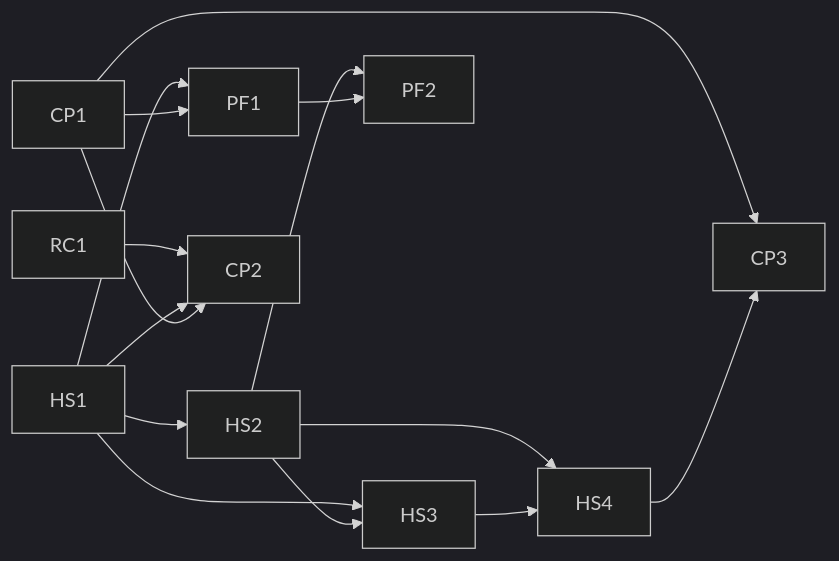
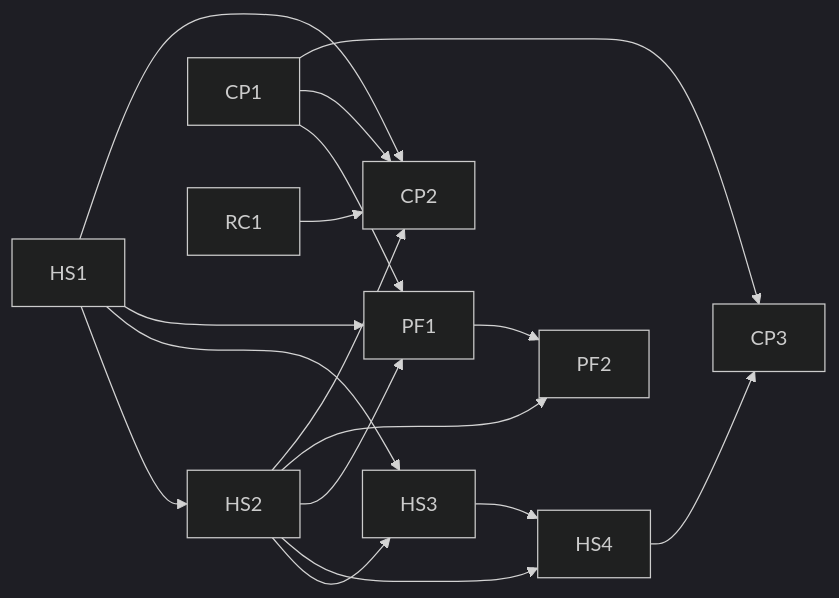
Before and after one commit to stayfixed/stayfixed: the diagram in docs/plans/2026-10-15-wave-9-umbrella.md, drawn with Mermaid (dark theme). The commit also changed other lines of this file and 1 other file, not shown here.

````diff
--- a/docs/plans/2026-10-15-wave-9-umbrella.md
+++ b/docs/plans/2026-10-15-wave-9-umbrella.md
@@ -77,17 +85,19 @@
 ```mermaid
 graph LR
   HS1 --> HS2
   HS1 --> HS3
   HS2 --> HS3
   HS2 --> HS4
   HS3 --> HS4
   HS1 --> PF1
+  HS2 --> PF1
   CP1 --> PF1
   HS2 --> PF2
   PF1 --> PF2
   RC1 --> CP2
   HS1 --> CP2
+  HS2 --> CP2
   CP1 --> CP2
   CP1 --> CP3
   HS4 --> CP3
 ```
````
